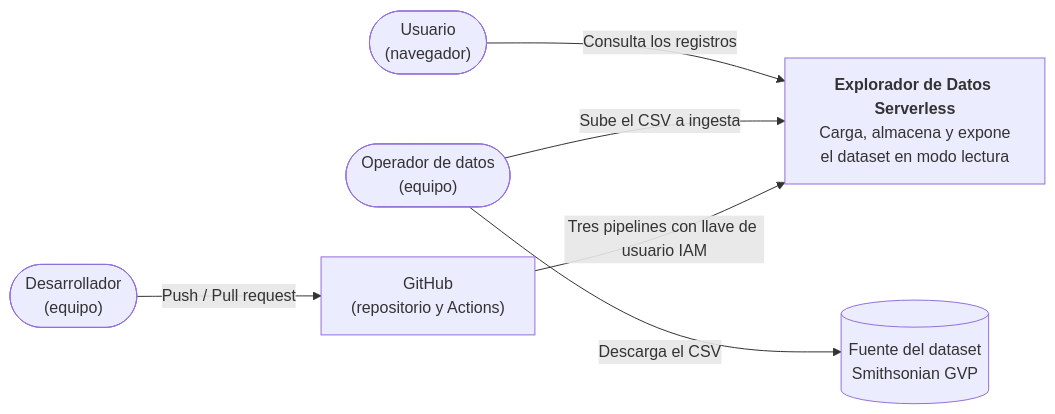
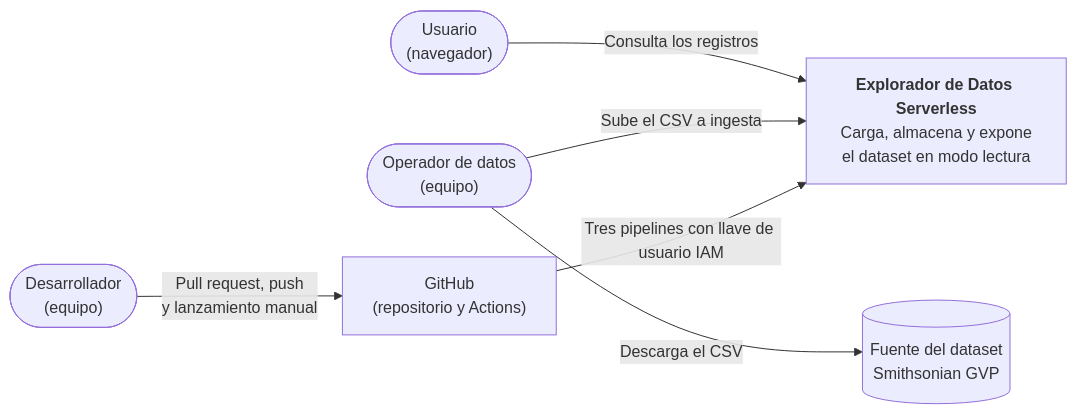
Before and after one commit to andresgomezgarcia01/cont-app-soft-u4: the first of 2 diagrams in docs/arquitectura.md, drawn with Mermaid. The commit also changed other lines of this file and 26 other files, not shown here.

````diff
--- a/docs/arquitectura.md
+++ b/docs/arquitectura.md
@@ -81,15 +81,15 @@
 ```mermaid
 flowchart LR
     usuario(["Usuario<br/>(navegador)"])
     operador(["Operador de datos<br/>(equipo)"])
     dev(["Desarrollador<br/>(equipo)"])
     fuente[("Fuente del dataset<br/>Smithsonian GVP")]
     sistema["<b>Explorador de Datos Serverless</b><br/>Carga, almacena y expone<br/>el dataset en modo lectura"]
     gh["GitHub<br/>(repositorio y Actions)"]
 
     usuario -- "Consulta los registros" --> sistema
     operador -- "Descarga el CSV" --> fuente
     operador -- "Sube el CSV a ingesta" --> sistema
-    dev -- "Push / Pull request" --> gh
+    dev -- "Pull request, push<br/>y lanzamiento manual" --> gh
     gh -- "Tres pipelines con llave de usuario IAM" --> sistema
 ```
````
